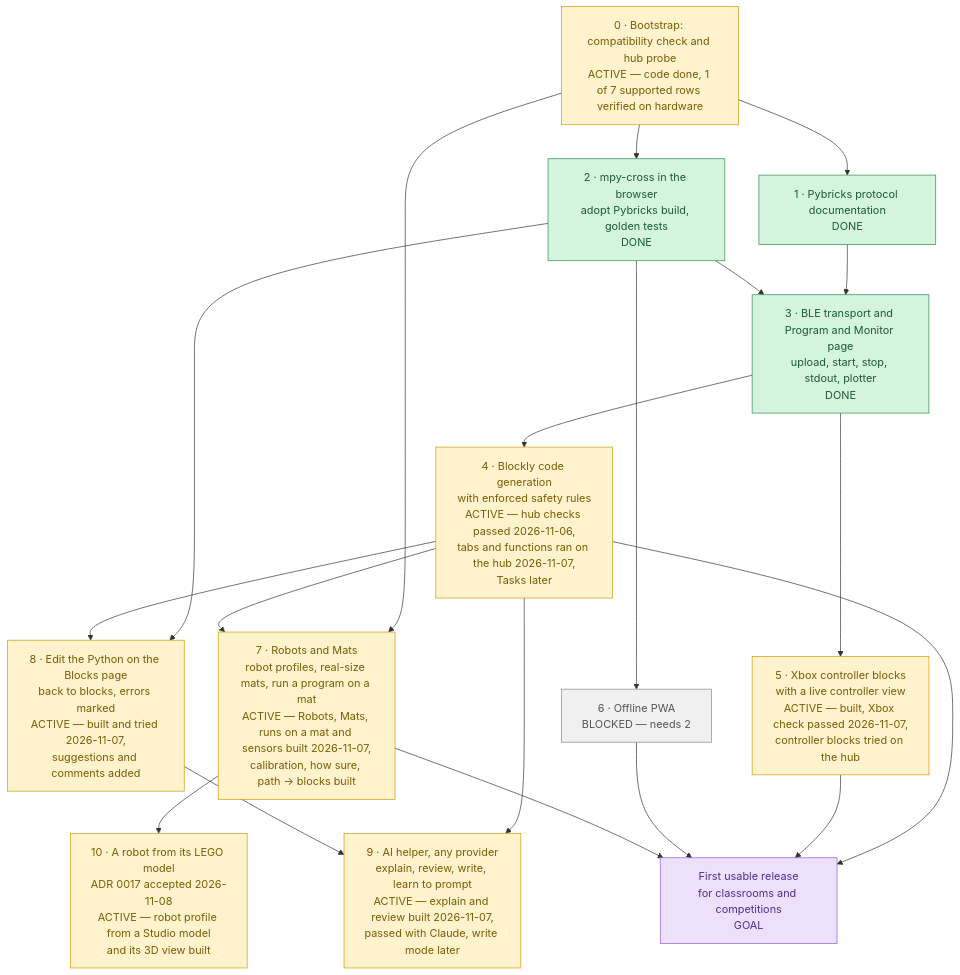
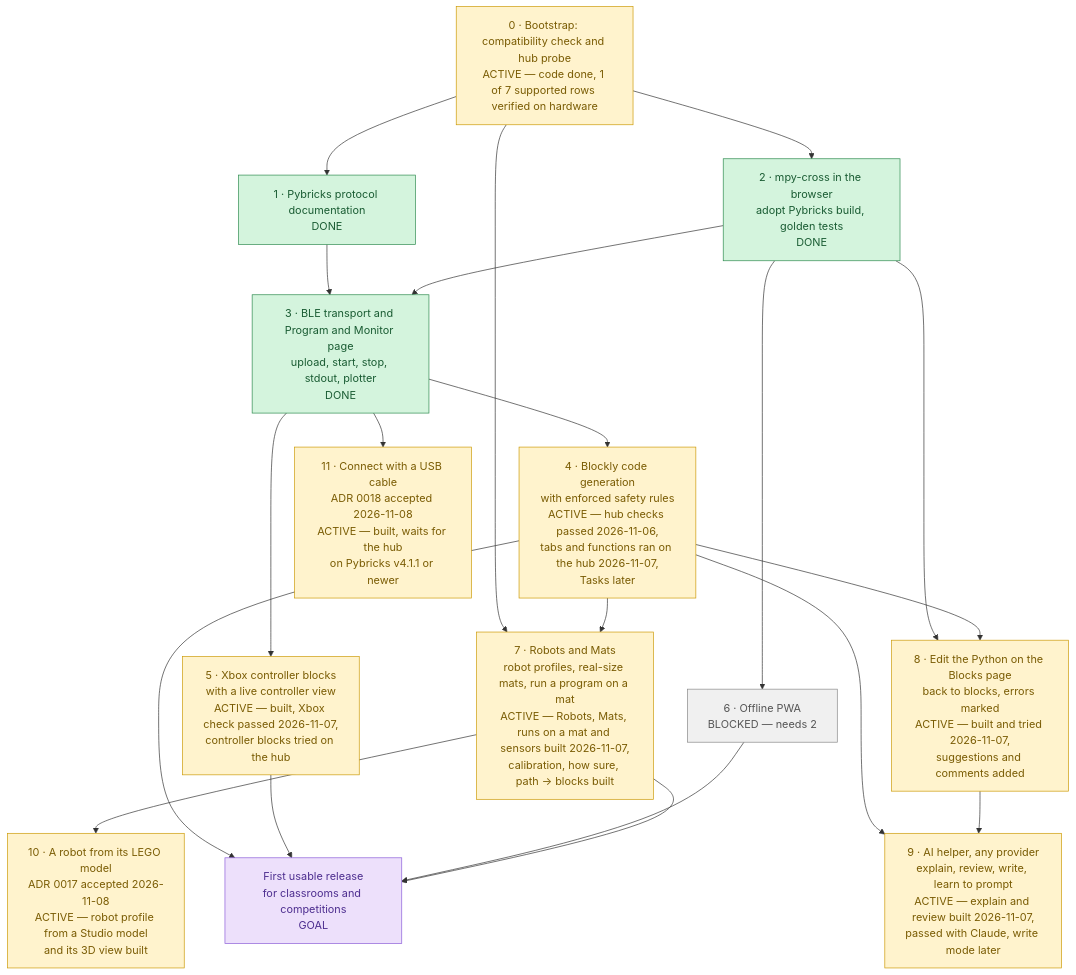
One commit to lumduan/matpilot changed the diagram in docs/roadmap.md. Above: the diagram before and after it, drawn with Mermaid. The commit also changed other lines of this file and 28 other files, not shown here.

First line of the commit message:
feat(usb): connect to a hub with a USB cable (ADR 0018)

````diff
--- a/docs/roadmap.md
+++ b/docs/roadmap.md
@@ -10,50 +10,53 @@
 ```mermaid
 flowchart TD
     M0["0 · Bootstrap: compatibility check and hub probe<br/>ACTIVE — code done, 1 of 7 supported rows verified on hardware"]
     M1["1 · Pybricks protocol documentation<br/>DONE"]
     M2["2 · mpy-cross in the browser<br/>adopt Pybricks build, golden tests<br/>DONE"]
     M3["3 · BLE transport and Program and Monitor page<br/>upload, start, stop, stdout, plotter<br/>DONE"]
     M4["4 · Blockly code generation<br/>with enforced safety rules<br/>ACTIVE — hub checks passed 2026-11-06,<br/>tabs and functions ran on the hub 2026-11-07,<br/>Tasks later"]
     M5["5 · Xbox controller blocks<br/>with a live controller view<br/>ACTIVE — built, Xbox check passed 2026-11-07,<br/>controller blocks tried on the hub"]
     M6["6 · Offline PWA<br/>BLOCKED — needs 2"]
     M7["7 · Robots and Mats<br/>robot profiles, real-size mats, run a program on a mat<br/>ACTIVE — Robots, Mats, runs on a mat and sensors built 2026-11-07,<br/>calibration, how sure, path → blocks built"]
     M10["10 · A robot from its LEGO model<br/>ADR 0017 accepted 2026-11-08<br/>ACTIVE — robot profile from a Studio model<br/>and its 3D view built"]
     M8["8 · Edit the Python on the Blocks page<br/>back to blocks, errors marked<br/>ACTIVE — built and tried 2026-11-07,<br/>suggestions and comments added"]
     M9["9 · AI helper, any provider<br/>explain, review, write, learn to prompt<br/>ACTIVE — explain and review built 2026-11-07,<br/>passed with Claude, write mode later"]
+    M11["11 · Connect with a USB cable<br/>ADR 0018 accepted 2026-11-08<br/>ACTIVE — built, waits for the hub<br/>on Pybricks v4.1.1 or newer"]
     GOAL["First usable release<br/>for classrooms and competitions<br/>GOAL"]
 
     M0 --> M1
     M0 --> M2
     M0 --> M7
     M4 --> M7
     M7 --> M10
     M1 --> M3
     M2 --> M3
     M3 --> M4
     M3 --> M5
     M2 --> M6
     M4 --> GOAL
     M5 --> GOAL
     M6 --> GOAL
     M7 --> GOAL
     M2 --> M8
     M4 --> M8
     M4 --> M9
     M8 --> M9
+    M3 --> M11
 
     classDef done     fill:#d4f4dd,stroke:#2d8a4e,color:#1a5c33
     classDef active   fill:#fff3cd,stroke:#cc9a06,color:#7a5c04
     classDef ready    fill:#d6e9ff,stroke:#3b7dd8,color:#1e4d8f
     classDef blocked  fill:#f0f0f0,stroke:#888,color:#555
     classDef goal     fill:#ede0fb,stroke:#8a5cd8,color:#4d2e8f
     classDef decision fill:#fde0e0,stroke:#d05555,color:#8f2e2e
 
     class M0,M4,M5 active
     class M1,M2,M3 done
     class M7 active
     class M6 blocked
     class M10 active
     class GOAL goal
     class M8 active
     class M9 active
+    class M11 active
 ```
````
